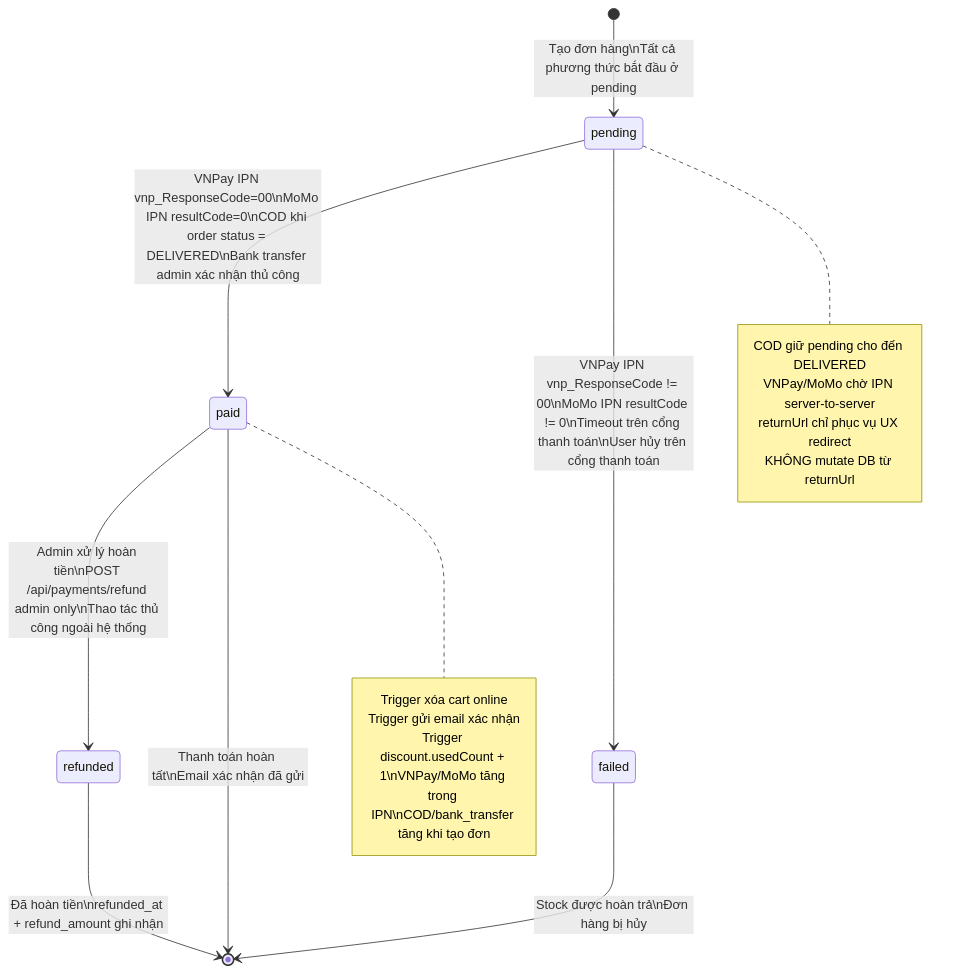
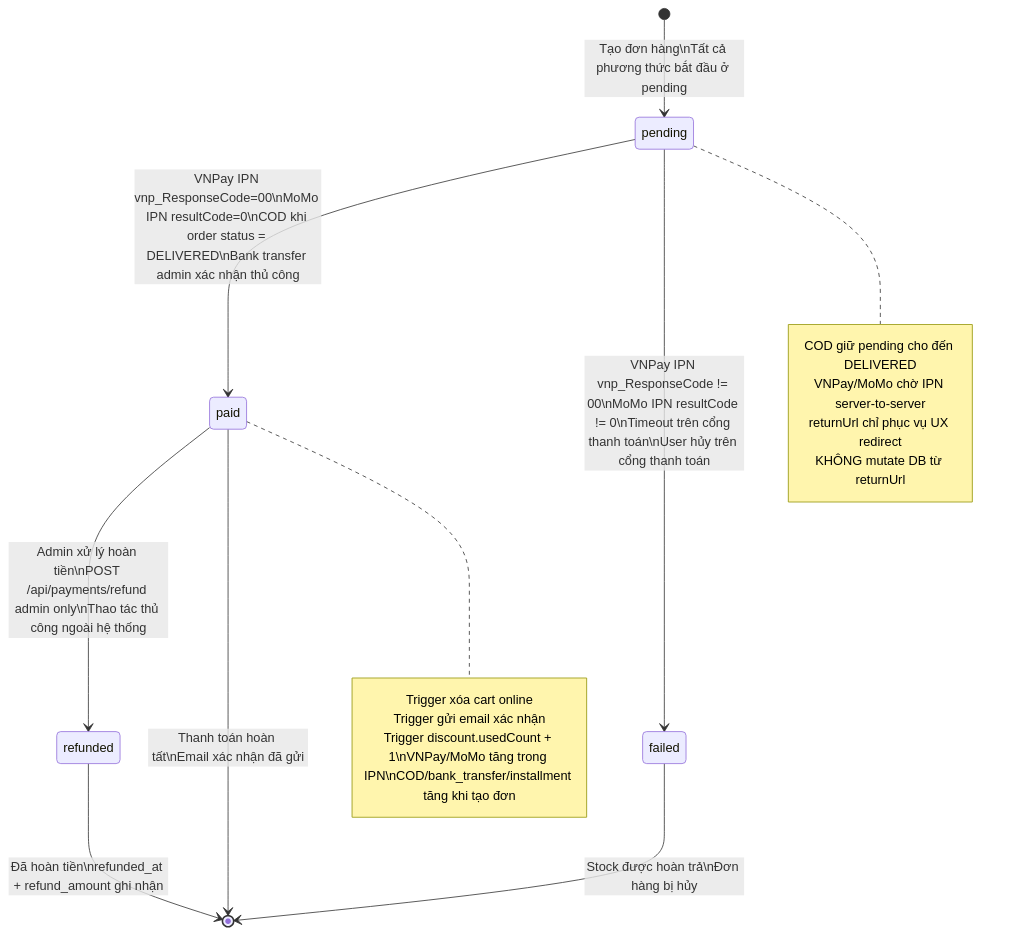
One commit to MinhThang1009/E-commerce-website changed diagram 26 of 29 in DIAGRAMS.md. Above: the diagram before and after it, drawn with Mermaid. The commit also changed other lines of this file, not shown here.

````diff
--- a/DIAGRAMS.md
+++ b/DIAGRAMS.md
@@ -1626,29 +1623,29 @@
 ```mermaid
 stateDiagram-v2
     [*] --> pending : Tạo đơn hàng\nTất cả phương thức bắt đầu ở pending
 
     pending --> paid : VNPay IPN vnp_ResponseCode=00\nMoMo IPN resultCode=0\nCOD khi order status = DELIVERED\nBank transfer admin xác nhận thủ công
 
     pending --> failed : VNPay IPN vnp_ResponseCode != 00\nMoMo IPN resultCode != 0\nTimeout trên cổng thanh toán\nUser hủy trên cổng thanh toán
 
     paid --> refunded : Admin xử lý hoàn tiền\nPOST /api/payments/refund admin only\nThao tác thủ công ngoài hệ thống
 
     failed --> [*] : Stock được hoàn trả\nĐơn hàng bị hủy
 
     paid --> [*] : Thanh toán hoàn tất\nEmail xác nhận đã gửi
 
     refunded --> [*] : Đã hoàn tiền\nrefunded_at + refund_amount ghi nhận
 
     note right of pending
         COD giữ pending cho đến DELIVERED
         VNPay/MoMo chờ IPN server-to-server
         returnUrl chỉ phục vụ UX redirect
         KHÔNG mutate DB từ returnUrl
     end note
 
     note right of paid
         Trigger xóa cart online
         Trigger gửi email xác nhận
-        Trigger discount.usedCount + 1\nVNPay/MoMo tăng trong IPN\nCOD/bank_transfer tăng khi tạo đơn
+        Trigger discount.usedCount + 1\nVNPay/MoMo tăng trong IPN\nCOD/bank_transfer/installment tăng khi tạo đơn
     end note
 ```
````
